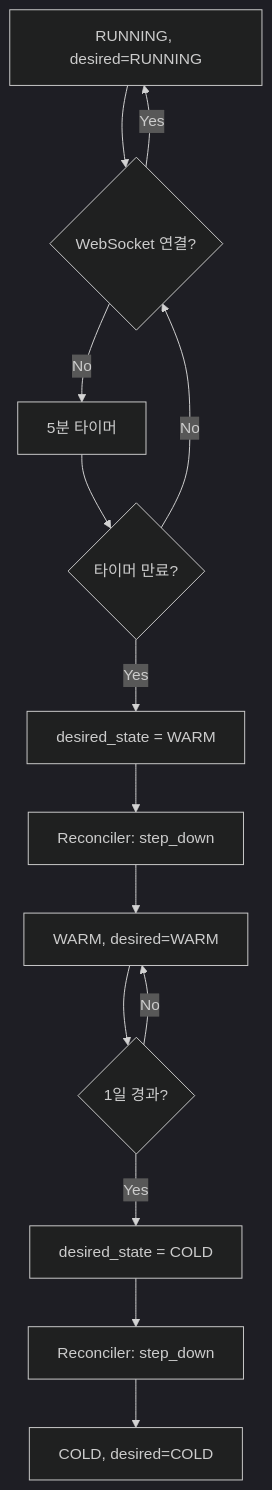
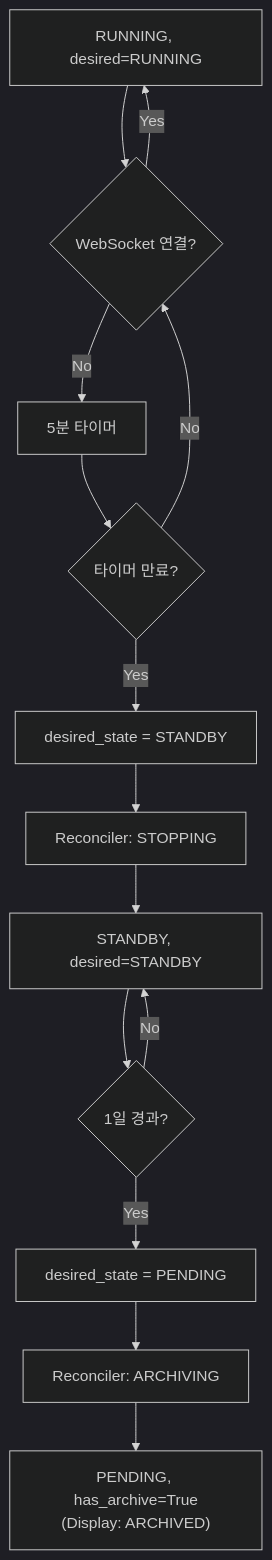
Before and after one commit to cagojeiger/code-hub: the seventh of 7 diagrams in docs/spec_v2/states.md, drawn with Mermaid (dark theme). The commit also changed other lines of this file and 11 other files, not shown here.

````diff
--- a/docs/spec_v2/states.md
+++ b/docs/spec_v2/states.md
@@ -265,16 +269,16 @@
 ```mermaid
 flowchart TD
     A[RUNNING, desired=RUNNING] --> B{WebSocket 연결?}
     B -->|Yes| A
     B -->|No| C[5분 타이머]
     C --> D{타이머 만료?}
     D -->|No| B
-    D -->|Yes| E[desired_state = WARM]
-    E --> F[Reconciler: step_down]
-    F --> G[WARM, desired=WARM]
+    D -->|Yes| E[desired_state = STANDBY]
+    E --> F[Reconciler: STOPPING]
+    F --> G[STANDBY, desired=STANDBY]
     G --> H{1일 경과?}
     H -->|No| G
-    H -->|Yes| I[desired_state = COLD]
-    I --> J[Reconciler: step_down]
-    J --> K[COLD, desired=COLD]
+    H -->|Yes| I[desired_state = PENDING]
+    I --> J[Reconciler: ARCHIVING]
+    J --> K["PENDING, has_archive=True<br/>(Display: ARCHIVED)"]
 ```
````
